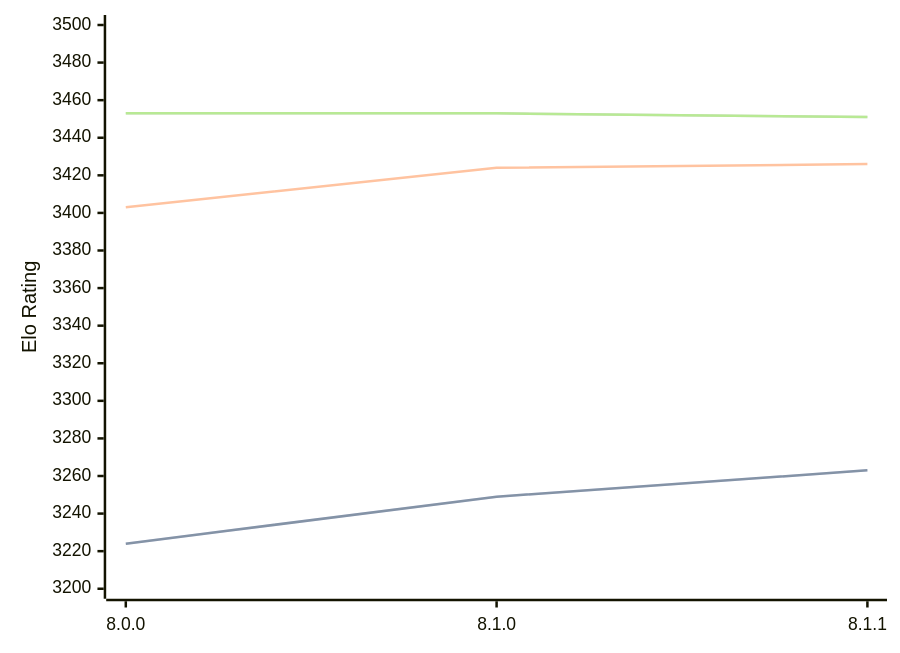
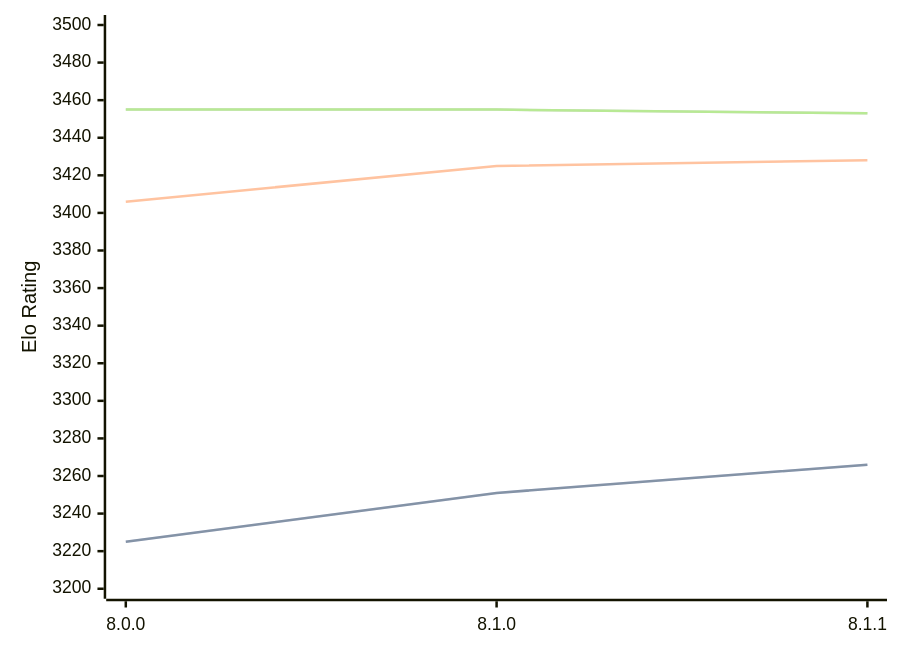
One commit to computer-chess-index/cci changed the diagram in engines/Velvet.md. Above: the diagram before and after it, drawn with Mermaid. The commit also changed other lines of this file, not shown here.

Commit message:
Update CCI Ratings (ELO VLTC) - 2026-06-11

````diff
--- a/engines/Velvet.md
+++ b/engines/Velvet.md
@@ -57,11 +57,11 @@
 ```mermaid
 %%{init: {"theme":"base","themeVariables":{"seriesColors:['#a3a3a3','#222221','#faa371']}}}%%
 xychart-beta
   x-axis ["8.0.0", "8.1.0", "8.1.1"]
   y-axis "Elo Rating" 3200 --> 3500
-  line "STC (8.0+0.08s)" [3224, 3249, 3263]
-  line "STC (8.0+0.08s)" [3224, 3249, 3263]
-  line "LTC (60.0+0.60s)" [3403, 3424, 3426]
-  line "VLTC (2m24s+1.12s)" [3453, 3453, 3451]
-  line "VLTC (2m24s+1.12s)" [3453, 3453, 3451]
+  line "STC (8.0+0.08s)" [3225, 3251, 3266]
+  line "STC (8.0+0.08s)" [3225, 3251, 3266]
+  line "LTC (60.0+0.60s)" [3406, 3425, 3428]
+  line "VLTC (2m24s+1.12s)" [3455, 3455, 3453]
+  line "VLTC (2m24s+1.12s)" [3455, 3455, 3453]
 ```
````
